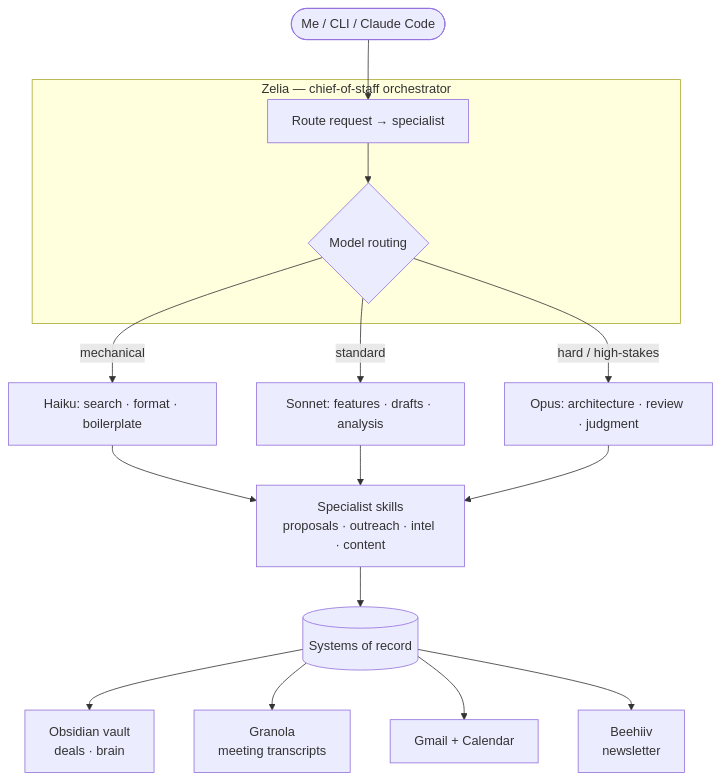
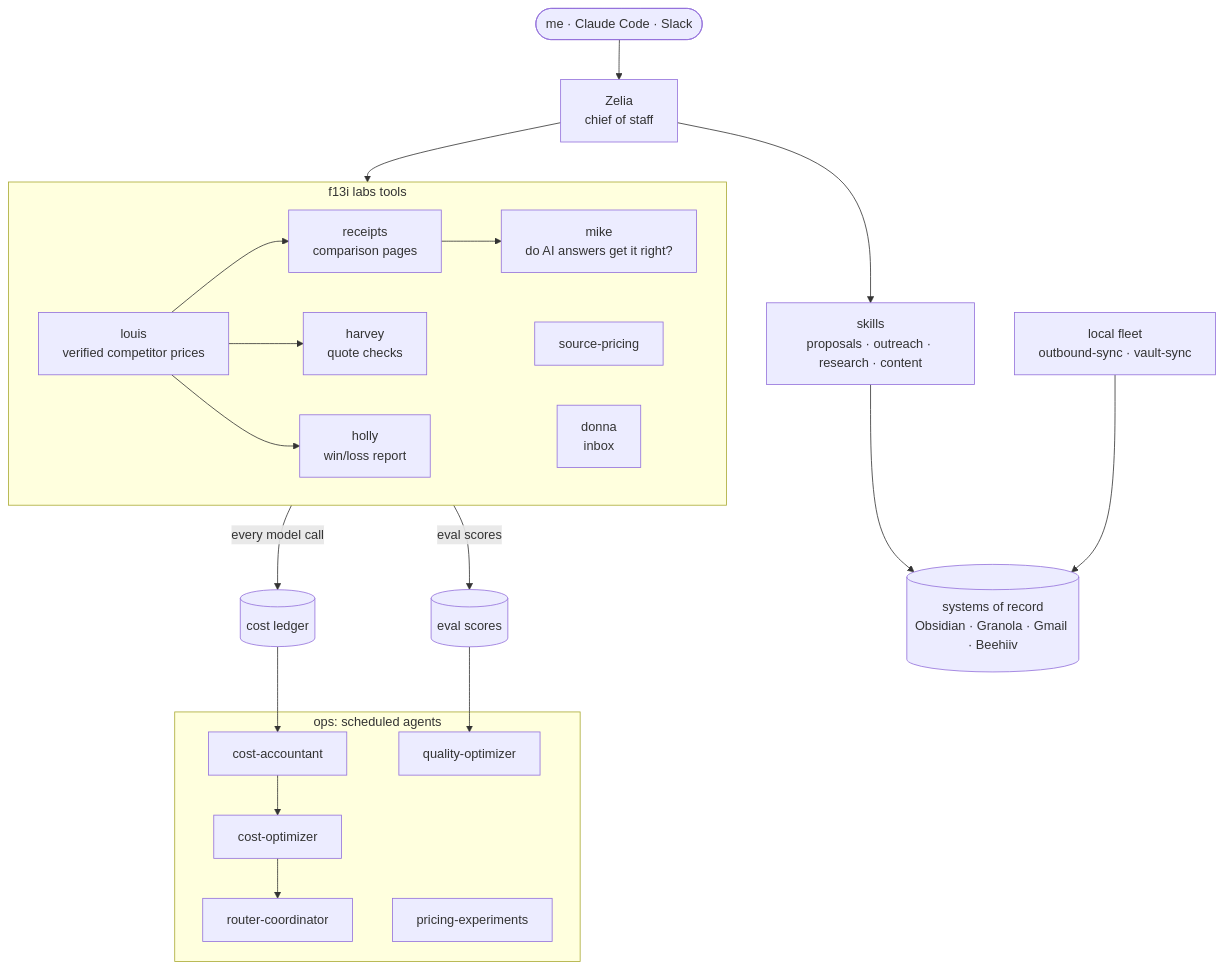
One commit to f13i/f13i-cli changed the diagram in README.md. Above: the diagram before and after it, drawn with Mermaid. The commit also changed other lines of this file, not shown here.

````diff
--- a/README.md
+++ b/README.md
@@ -41,20 +89,30 @@
 ```mermaid
 flowchart TD
-    U([Me / CLI / Claude Code]) --> Z
+    ME([me · Claude Code · Slack]) --> Z[Zelia<br/>chief of staff]
+    Z --> SK[skills<br/>proposals · outreach · research · content]
 
-    subgraph ORCH [Zelia — chief-of-staff orchestrator]
-      Z[Route request → specialist] --> ROUTE{Model routing}
+    subgraph LABS [f13i labs tools]
+      L[louis<br/>verified competitor prices] --> R[receipts<br/>comparison pages]
+      R --> M[mike<br/>do AI answers get it right?]
+      L --> H[harvey<br/>quote checks]
+      L --> HO[holly<br/>win/loss report]
+      SP[source-pricing]
+      D[donna<br/>inbox]
     end
 
-    ROUTE -->|mechanical| H[Haiku: search · format · boilerplate]
-    ROUTE -->|standard| S[Sonnet: features · drafts · analysis]
-    ROUTE -->|hard / high-stakes| O[Opus: architecture · review · judgment]
+    Z --> LABS
 
-    H & S & O --> SK[Specialist skills<br/>proposals · outreach · intel · content]
-    SK --> SOT[(Systems of record)]
+    subgraph OPS [ops: scheduled agents]
+      CA[cost-accountant] --> CO[cost-optimizer] --> RC[router-coordinator]
+      QO[quality-optimizer]
+      PE[pricing-experiments]
+    end
 
-    SOT --> OB[Obsidian vault<br/>deals · brain]
-    SOT --> GR[Granola<br/>meeting transcripts]
-    SOT --> GM[Gmail + Calendar]
-    SOT --> BH[Beehiiv<br/>newsletter]
+    LABS -- every model call --> LEDGER[(cost ledger)]
+    LABS -- eval scores --> EVALS[(eval scores)]
+    LEDGER --> CA
+    EVALS --> QO
+
+    SK --> SOT[(systems of record<br/>Obsidian · Granola · Gmail · Beehiiv)]
+    LOCAL[local fleet<br/>outbound-sync · vault-sync] --> SOT
 ```
````
